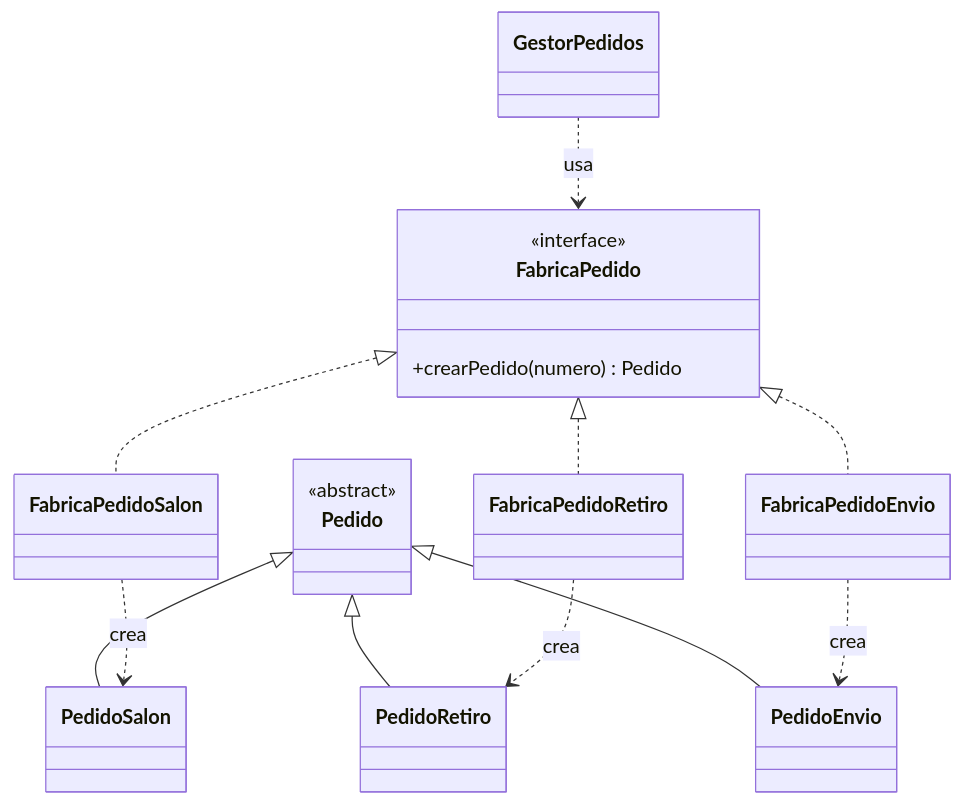
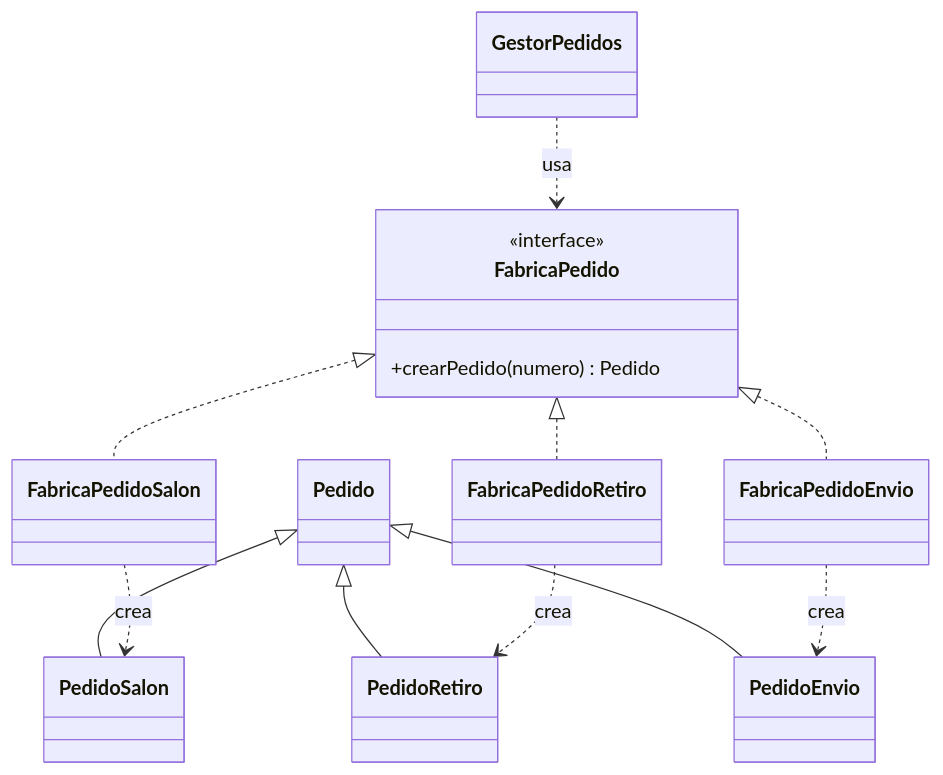
Before and after one commit to BrunoE99/tp_restaurante_programacion_II: the first of 5 diagrams in README.md, drawn with Mermaid. The commit also changed other lines of this file and 20 other files, not shown here.

````diff
--- a/README.md
+++ b/README.md
@@ -269,20 +141,17 @@
 ```mermaid
 classDiagram
     class FabricaPedido {
         <<interface>>
         +crearPedido(numero) Pedido
-    }
-    class Pedido {
-        <<abstract>>
     }
     FabricaPedido <|.. FabricaPedidoSalon
     FabricaPedido <|.. FabricaPedidoRetiro
     FabricaPedido <|.. FabricaPedidoEnvio
     Pedido <|-- PedidoSalon
     Pedido <|-- PedidoRetiro
     Pedido <|-- PedidoEnvio
     FabricaPedidoSalon ..> PedidoSalon : crea
     FabricaPedidoRetiro ..> PedidoRetiro : crea
     FabricaPedidoEnvio ..> PedidoEnvio : crea
     GestorPedidos ..> FabricaPedido : usa
 ```
````
